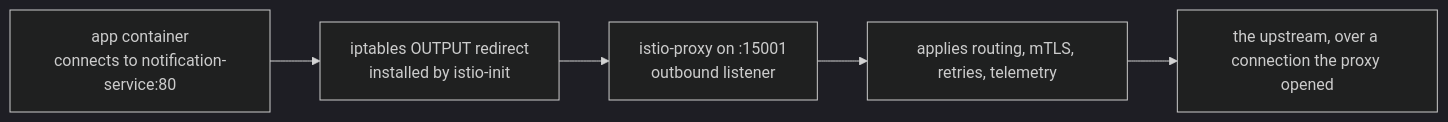
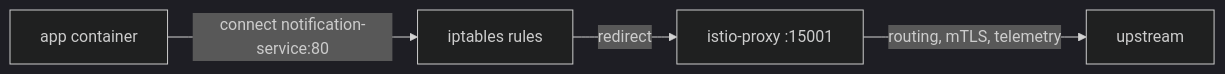
The diagram in sections/section-020/module-02/course-03-what-injection-writes.md (astrona-io/ATS013), drawn with Mermaid (dark theme) before and after one commit. The commit also changed other lines of this file and 25 other files, not shown here.

````diff
--- a/sections/section-020/module-02/course-03-what-injection-writes.md
+++ b/sections/section-020/module-02/course-03-what-injection-writes.md
@@ -25,7 +29,6 @@
 ```mermaid
 flowchart LR
-    A["app container<br/>connects to notification-service:80"] --> T["iptables OUTPUT redirect<br/>installed by istio-init"]
-    T --> P["istio-proxy on :15001<br/>outbound listener"]
-    P --> N["applies routing, mTLS, retries, telemetry"]
-    N --> U["the upstream, over a connection the proxy opened"]
+    A["app container"] -->|"connect notification-service:80"| T["iptables rules"]
+    T -->|"redirect"| P["istio-proxy :15001"]
+    P -->|"routing, mTLS, telemetry"| U["upstream"]
 ```
````
